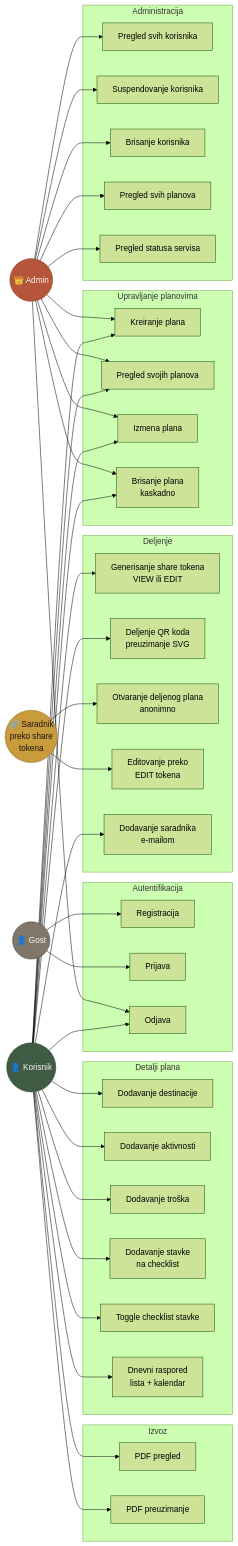
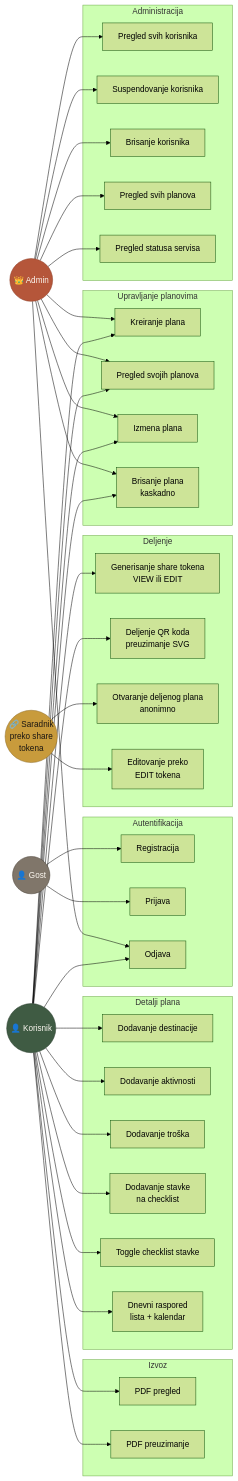
The diagram in docs/usecase.md (obrentanasic/TripPlaning), drawn with Mermaid (forest theme) before and after one commit. The commit also changed 28 other files, not shown here.

```diff
--- a/docs/usecase.md
+++ b/docs/usecase.md
@@ -43,7 +43,6 @@
         UC15[Deljenje QR koda<br/>preuzimanje SVG]
         UC16[Otvaranje deljenog plana<br/>anonimno]
         UC17[Editovanje preko<br/>EDIT tokena]
-        UC18[Dodavanje saradnika<br/>e-mailom]
     end
 
     subgraph Export ["Izvoz"]
@@ -74,7 +73,6 @@
     Korisnik --> UC13
     Korisnik --> UC14
     Korisnik --> UC15
-    Korisnik --> UC18
     Korisnik --> UC19
     Korisnik --> UC20
 
```
